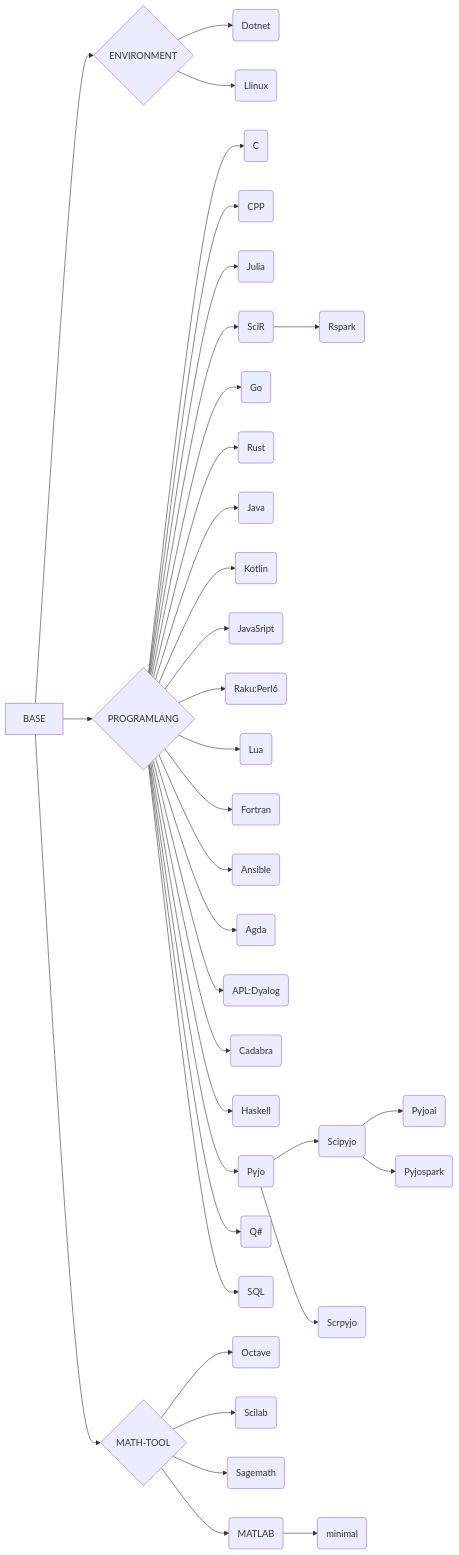
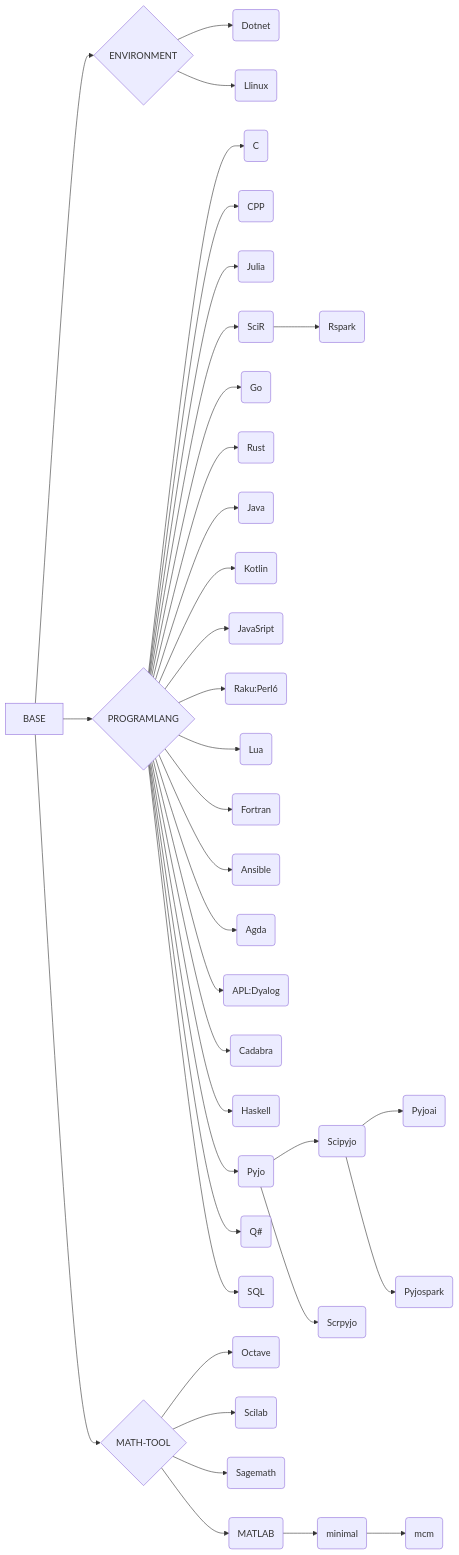
One commit to ben0i0d/jupyter-image-stacks changed the diagram in README.md. Above: the diagram before and after it, drawn with Mermaid. The commit also changed other lines of this file and 4 other files, not shown here.

````diff
--- a/README.md
+++ b/README.md
@@ -104,34 +105,34 @@
 ```mermaid
 graph LR
 BASE-->ENV{ENVIRONMENT}-->EA(Dotnet)
 ENV-->EB(Llinux)
 BASE-->PROGRAM{PROGRAMLANG}
 PROGRAM-->PA(C)
 PROGRAM-->PB(CPP)
 PROGRAM-->PC(Julia)
 PROGRAM-->PD(SciR)-->PDA(Rspark)
 PROGRAM-->PE(Go)
 PROGRAM-->PF(Rust)
 PROGRAM-->PG(Java)
 PROGRAM-->PH(Kotlin)
 PROGRAM-->PI(JavaSript)
 PROGRAM-->PJ(Raku:Perl6)
 PROGRAM-->PK(Lua)
 PROGRAM-->PL(Fortran)
 PROGRAM-->PM(Ansible)
 PROGRAM-->PN(Agda)
 PROGRAM-->PO(APL:Dyalog)
 PROGRAM-->PP(Cadabra)
 PROGRAM-->PQ(Haskell)
 PROGRAM-->PR(Pyjo)
 PROGRAM-->PS(Q#)
 PROGRAM-->PT(SQL)
 PR-->PRA(Scipyjo)
 PR-->PRB(Scrpyjo)
 PRA-->PRAA(Pyjoai)  
 PRA-->PRAB(Pyjospark)  
 BASE-->MATH{MATH-TOOL}-->MA(Octave)
 MATH-->MB(Scilab)
 MATH-->MC(Sagemath)
-MATH-->MD(MATLAB)-->MDA(minimal)
+MATH-->MD(MATLAB)-->MDA(minimal)-->MDAA(mcm)
 ```
````
